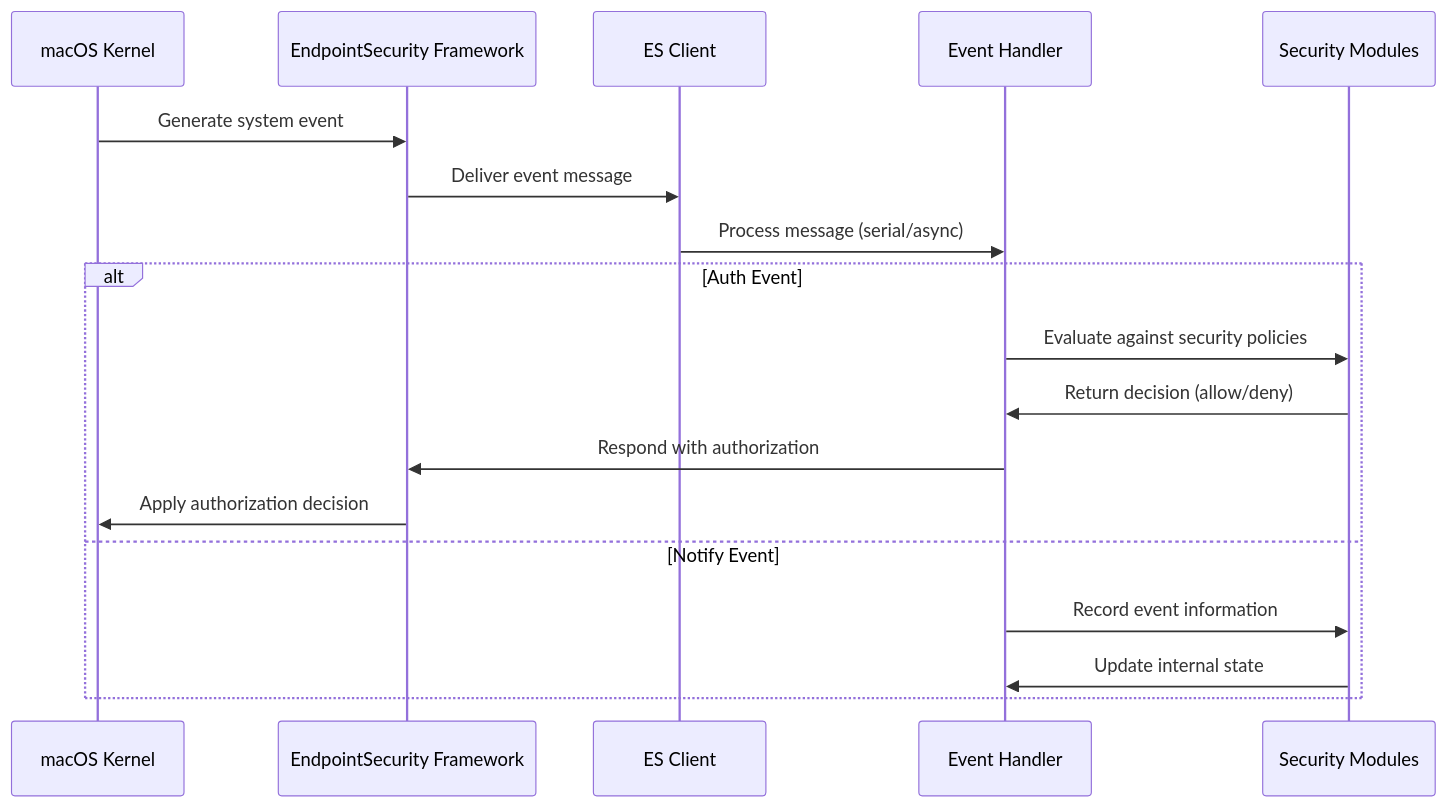
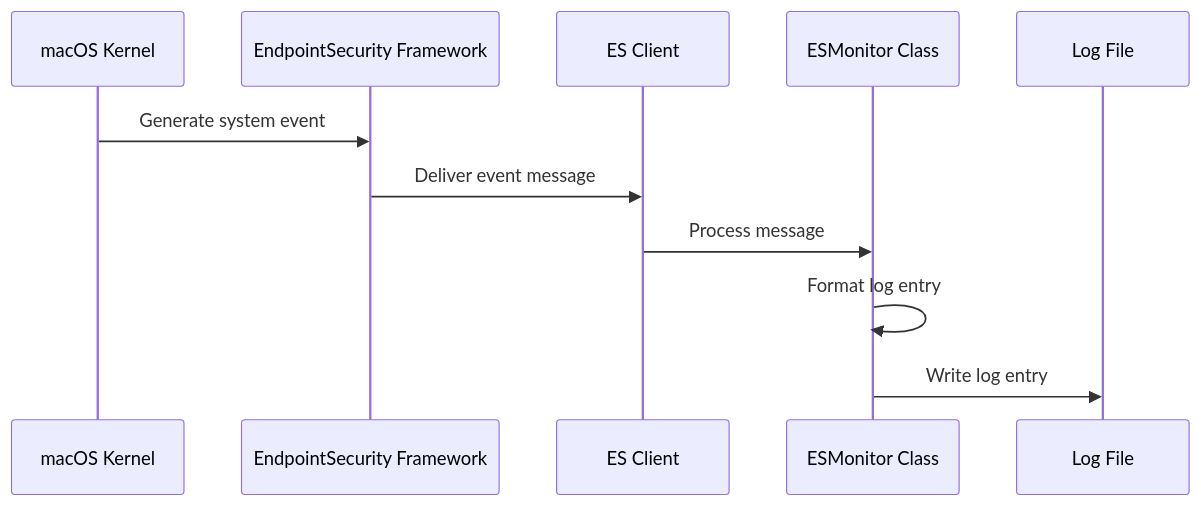
One commit to anubhavg-icpl/EndpointSecurityDemo changed the second of 4 diagrams in DOCS/Architecture.md. Above: the diagram before and after it, drawn with Mermaid. The commit also changed other lines of this file and 4 other files, not shown here.

Commit message:
Refactor architecture documentation and introduce ESMonitor class for event handling

````diff
--- a/DOCS/Architecture.md
+++ b/DOCS/Architecture.md
@@ -33,22 +26,14 @@
 ```mermaid
 sequenceDiagram
     participant Kernel as macOS Kernel
     participant ESF as EndpointSecurity Framework
     participant Client as ES Client
-    participant Handler as Event Handler
-    participant Security as Security Modules
+    participant ESMonitor as ESMonitor Class
+    participant LogFile as Log File
 
     Kernel->>ESF: Generate system event
     ESF->>Client: Deliver event message
-    Client->>Handler: Process message (serial/async)
-
-    alt Auth Event
-        Handler->>Security: Evaluate against security policies
-        Security->>Handler: Return decision (allow/deny)
-        Handler->>ESF: Respond with authorization
-        ESF->>Kernel: Apply authorization decision
-    else Notify Event
-        Handler->>Security: Record event information
-        Security->>Handler: Update internal state
-    end
+    Client->>ESMonitor: Process message
+    ESMonitor->>ESMonitor: Format log entry
+    ESMonitor->>LogFile: Write log entry
 ```
````
